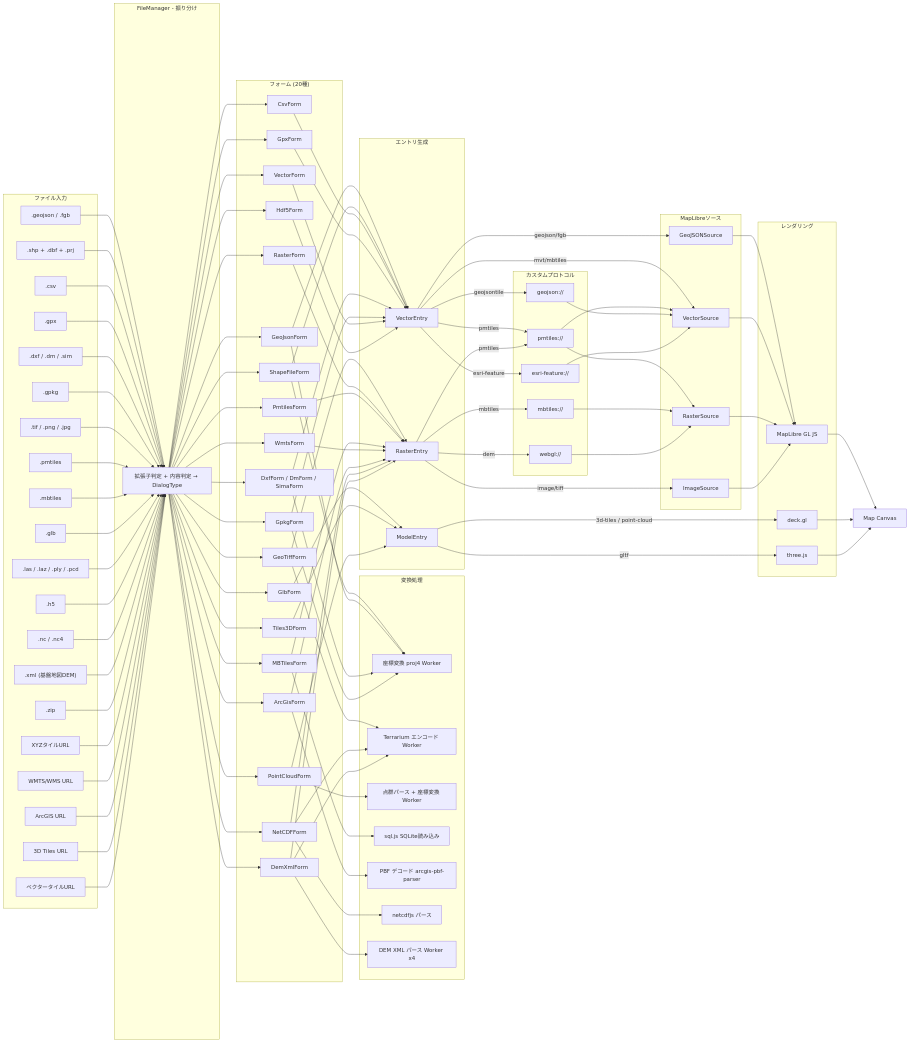
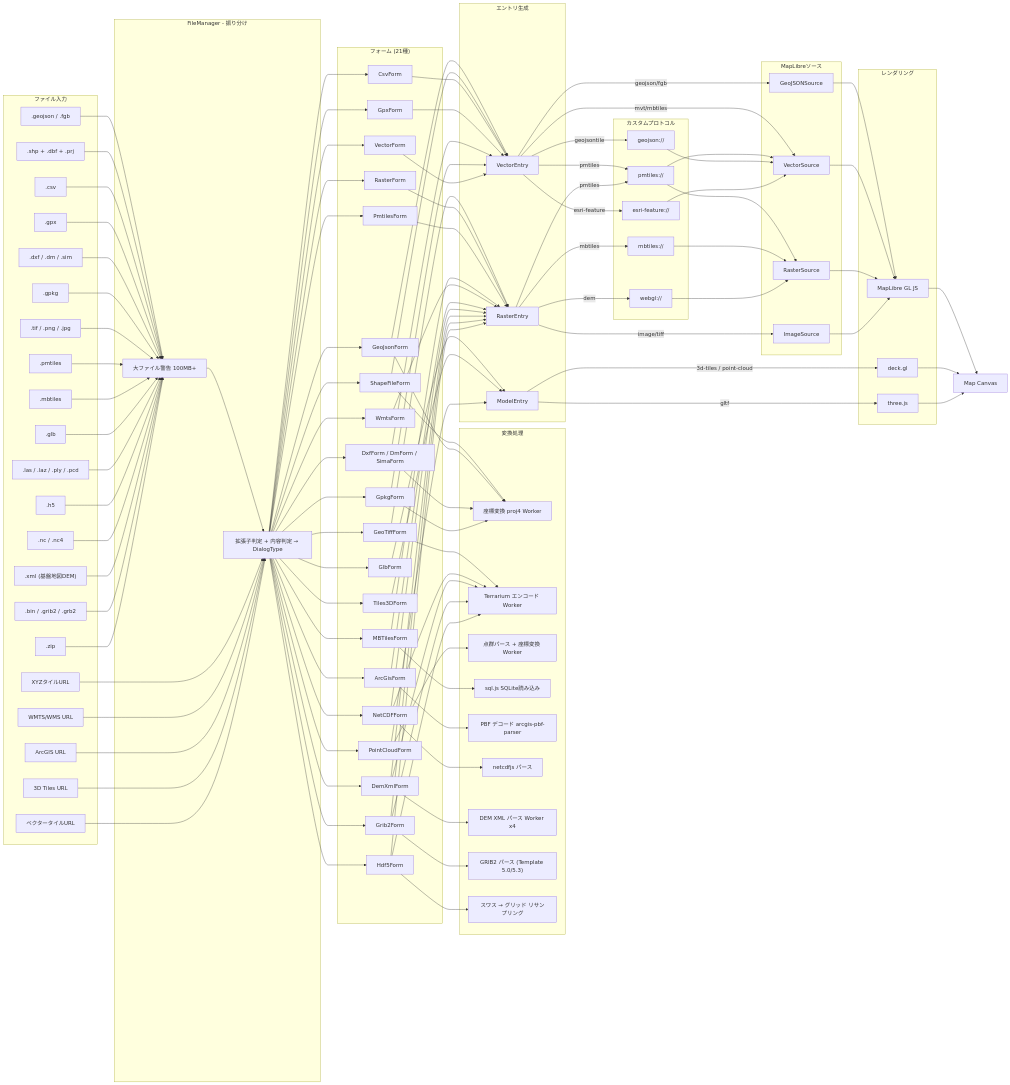
The diagram in docs/data-pipeline.md (forestacdev/morivis), drawn with Mermaid before and after one commit. The commit also changed other lines of this file and 3 other files, not shown here.

```diff
--- a/docs/data-pipeline.md
+++ b/docs/data-pipeline.md
@@ -21,7 +21,8 @@
         F12[".h5"]
         F13[".nc / .nc4"]
         F14[".xml (基盤地図DEM)"]
-        F15[".zip"]
+        F15[".bin / .grib2 / .grb2"]
+        F16[".zip"]
         U1["XYZタイルURL"]
         U2["WMTS/WMS URL"]
         U3["ArcGIS URL"]
@@ -30,10 +31,11 @@
     end
 
     subgraph Routing["FileManager - 振り分け"]
+        FSC["大ファイル警告 100MB+"]
         FM["拡張子判定 + 内容判定 → DialogType"]
     end
 
-    subgraph Forms["フォーム (20種)"]
+    subgraph Forms["フォーム (21種)"]
         GJF["GeoJsonForm"]
         SHF["ShapeFileForm"]
         CSV["CsvForm"]
@@ -53,6 +55,7 @@
         H5F["Hdf5Form"]
         NCF["NetCDFForm"]
         DXM["DemXmlForm"]
+        GRB["Grib2Form"]
     end
 
     subgraph Transform["変換処理"]
@@ -63,6 +66,8 @@
         PBF["PBF デコード arcgis-pbf-parser"]
         NCP["netcdfjs パース"]
         DXP["DEM XML パース Worker x4"]
+        GRP["GRIB2 パース (Template 5.0/5.3)"]
+        SWR["スワス → グリッド リサンプリング"]
     end
 
     subgraph Entries["エントリ生成"]
@@ -94,21 +99,23 @@
 
     CV["Map Canvas"]
 
-    F1 & F2 & F3 & F4 & F5 & F6 & F7 & F8 & F9 & F10 & F11 & F12 & F13 & F14 & F15 --> FM
+    F1 & F2 & F3 & F4 & F5 & F6 & F7 & F8 & F9 & F10 & F11 & F12 & F13 & F14 & F15 & F16 --> FSC --> FM
     U1 & U2 & U3 & U4 & U5 --> FM
 
-    FM --> GJF & SHF & CSV & GPX & DXF & GPK & GTF & RSF & PMF & MBF & GLB & T3D & PCF & WMT & ARC & VCF & H5F & NCF & DXM
+    FM --> GJF & SHF & CSV & GPX & DXF & GPK & GTF & RSF & PMF & MBF & GLB & T3D & PCF & WMT & ARC & VCF & H5F & NCF & DXM & GRB
 
     SHF & GJF & DXF & GPK --> PRJ
-    GTF & NCF & DXM --> TER
+    GTF & NCF & DXM & GRB & H5F --> TER
     PCF --> PCS
     MBF --> SQL
     ARC --> PBF
     NCF --> NCP
     DXM --> DXP
+    GRB --> GRP
+    H5F --> SWR
 
-    GJF & SHF & CSV & GPX & DXF & GPK & VCF & H5F --> VE
-    GTF & RSF & PMF & MBF & WMT & ARC & NCF & DXM --> RE
+    GJF & SHF & CSV & GPX & DXF & GPK & VCF --> VE
+    GTF & RSF & PMF & MBF & WMT & ARC & NCF & DXM & GRB & H5F --> RE
     GLB & T3D & PCF --> ME
 
     VE -->|geojson/fgb| GJS
```
